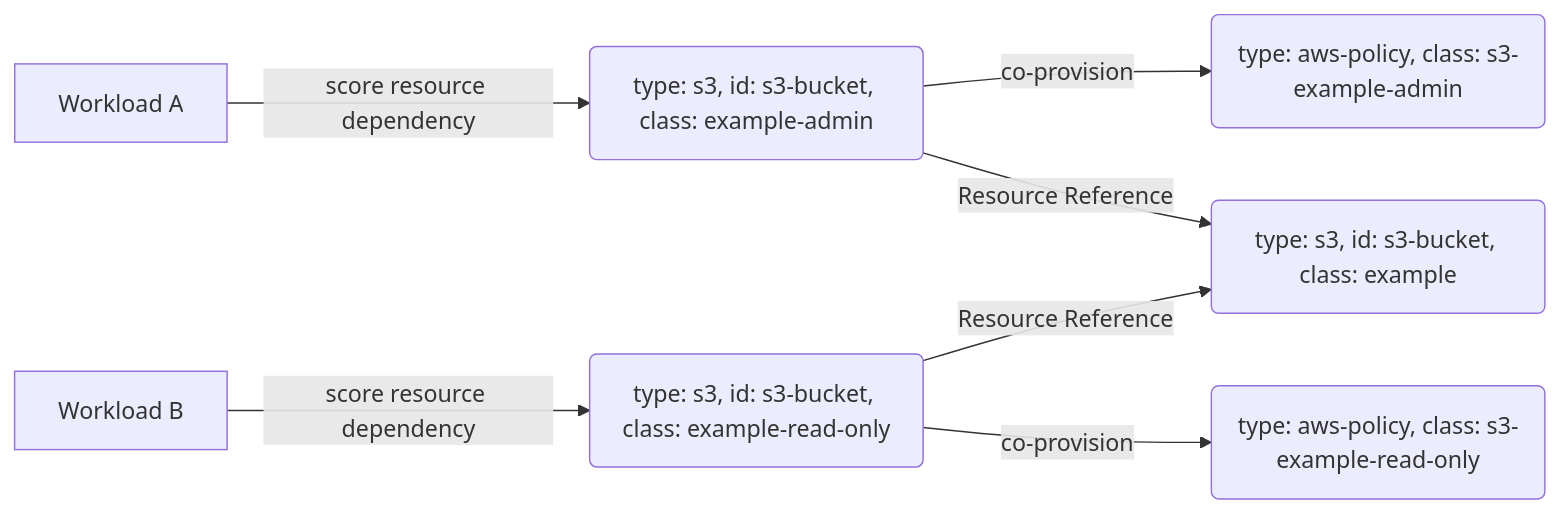
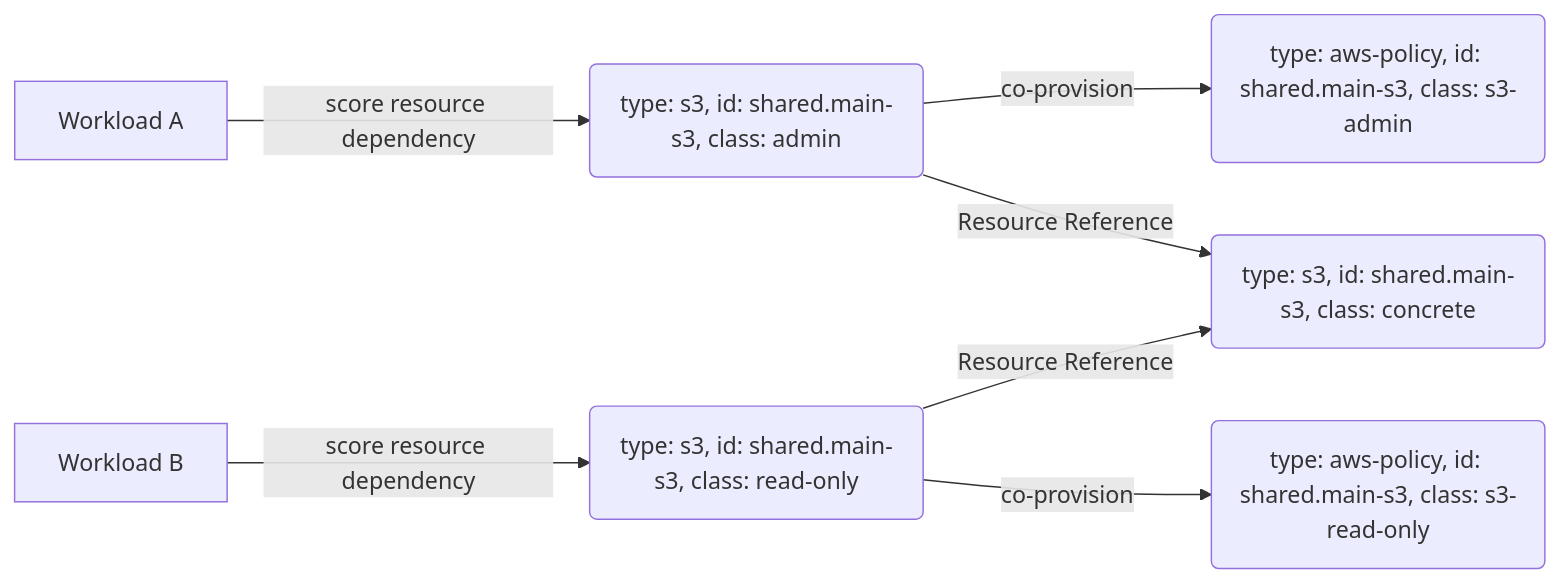
The diagram in resource-graph-patterns/delegator-resource/README.md (humanitec-architecture/example-library), drawn with Mermaid before and after one commit. The commit also changed other lines of this file and 10 other files, not shown here.

Commit message:
Change delegator pattern to use resource id in Score

````diff
--- a/resource-graph-patterns/delegator-resource/README.md
+++ b/resource-graph-patterns/delegator-resource/README.md
@@ -16,10 +16,10 @@
 ```mermaid
 flowchart LR
-    WL_A[Workload A] -->|score resource dependency| DELEGATOR_RES_ADMIN(type: s3, id: s3-bucket, class: example-admin)
-    WL_B[Workload B] -->|score resource dependency| DELEGATOR_RES_READ_ONLY(type: s3, id: s3-bucket, class: example-read-only)
-    DELEGATOR_RES_ADMIN -->|co-provision| POL_ADMIN(type: aws-policy, class: s3-example-admin)
-    DELEGATOR_RES_ADMIN -->|Resource Reference| BASE_RES(shared: s3-bucket, class: example)
-    DELEGATOR_RES_READ_ONLY -->|co-provision| POL_READ_ONLY(type: aws-policy, class: s3-example-read-only)
-    DELEGATOR_RES_READ_ONLY -->|Resource Reference| BASE_RES(type: s3, id: s3-bucket, class: example)
+    WL_A[Workload A] -->|score resource dependency| DELEGATOR_RES_ADMIN(type: s3, id: shared.main-s3, class: admin)
+    WL_B[Workload B] -->|score resource dependency| DELEGATOR_RES_READ_ONLY(type: s3, id: shared.main-s3, class: read-only)
+    DELEGATOR_RES_ADMIN -->|co-provision| POL_ADMIN(type: aws-policy, id: shared.main-s3, class: s3-admin)
+    DELEGATOR_RES_ADMIN -->|Resource Reference| BASE_RES(type: s3, id: shared.main-s3, class: concrete)
+    DELEGATOR_RES_READ_ONLY -->|co-provision| POL_READ_ONLY(type: aws-policy, id: shared.main-s3, class: s3-read-only)
+    DELEGATOR_RES_READ_ONLY -->|Resource Reference| BASE_RES
 
 ```
````
